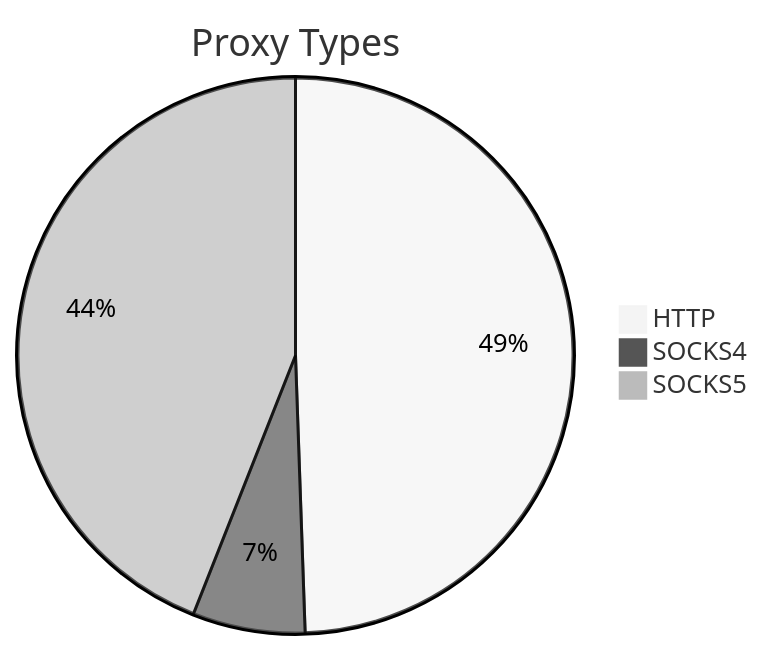
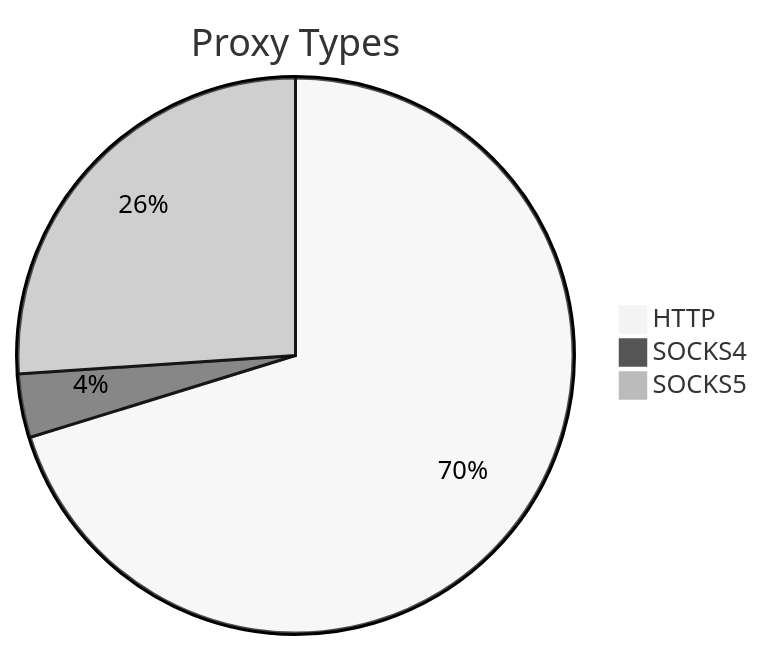
One commit to stormsia/proxy-list changed the first of 2 diagrams in README.md. Above: the diagram before and after it, drawn with Mermaid (neutral theme). The commit also changed other lines of this file, not shown here.

````diff
--- a/README.md
+++ b/README.md
@@ -21,6 +21,6 @@
 ```mermaid
 pie title Proxy Types
-    "HTTP" : 446
-    "SOCKS4" : 59
-    "SOCKS5" : 397
+    "HTTP" : 380
+    "SOCKS4" : 20
+    "SOCKS5" : 141
 ```
````
